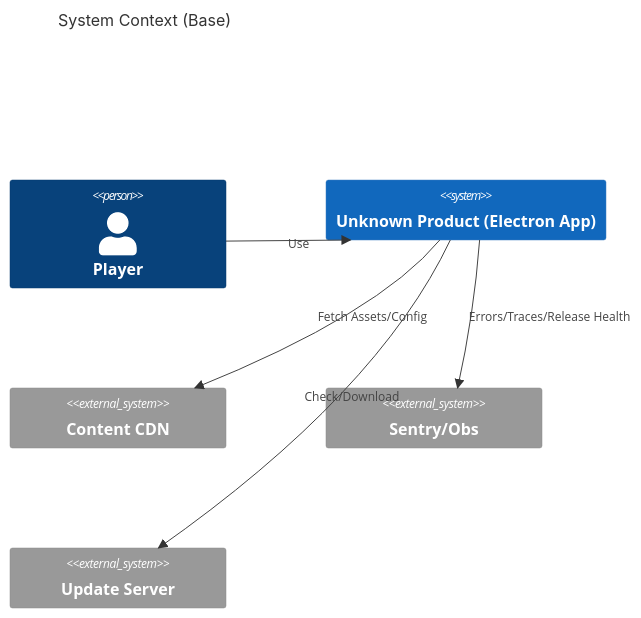
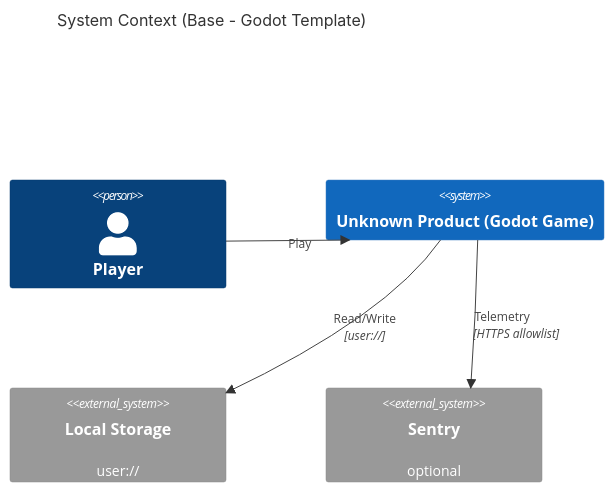
One commit to skyoxu/sanguo changed the first of 3 diagrams in docs/architecture/base/04-system-context-c4-event-flows-v2.md. Above: the diagram before and after it, drawn with Mermaid. The commit also changed other lines of this file and 136 other files, not shown here.

````diff
--- a/docs/architecture/base/04-system-context-c4-event-flows-v2.md
+++ b/docs/architecture/base/04-system-context-c4-event-flows-v2.md
@@ -20,13 +14,12 @@
 ```mermaid
 C4Context
-    title System Context (Base)
+    title System Context (Base - Godot Template)
     Person(player, "Player")
-    System(app, "Unknown Product (Electron App)")
-    System_Ext(cdn, "Content CDN")
-    System_Ext(sentry, "Sentry/Obs")
-    System_Ext(updater, "Update Server")
-    Rel(player, app, "Use")
-    Rel(app, cdn, "Fetch Assets/Config")
-    Rel(app, sentry, "Errors/Traces/Release Health")
-    Rel(app, updater, "Check/Download")
+    System(app, "Unknown Product (Godot Game)")
+    System_Ext(storage, "Local Storage", "user://")
+    System_Ext(sentry, "Sentry", "optional")
+
+    Rel(player, app, "Play")
+    Rel(app, storage, "Read/Write", "user://")
+    Rel(app, sentry, "Telemetry", "HTTPS allowlist")
 ```
````
